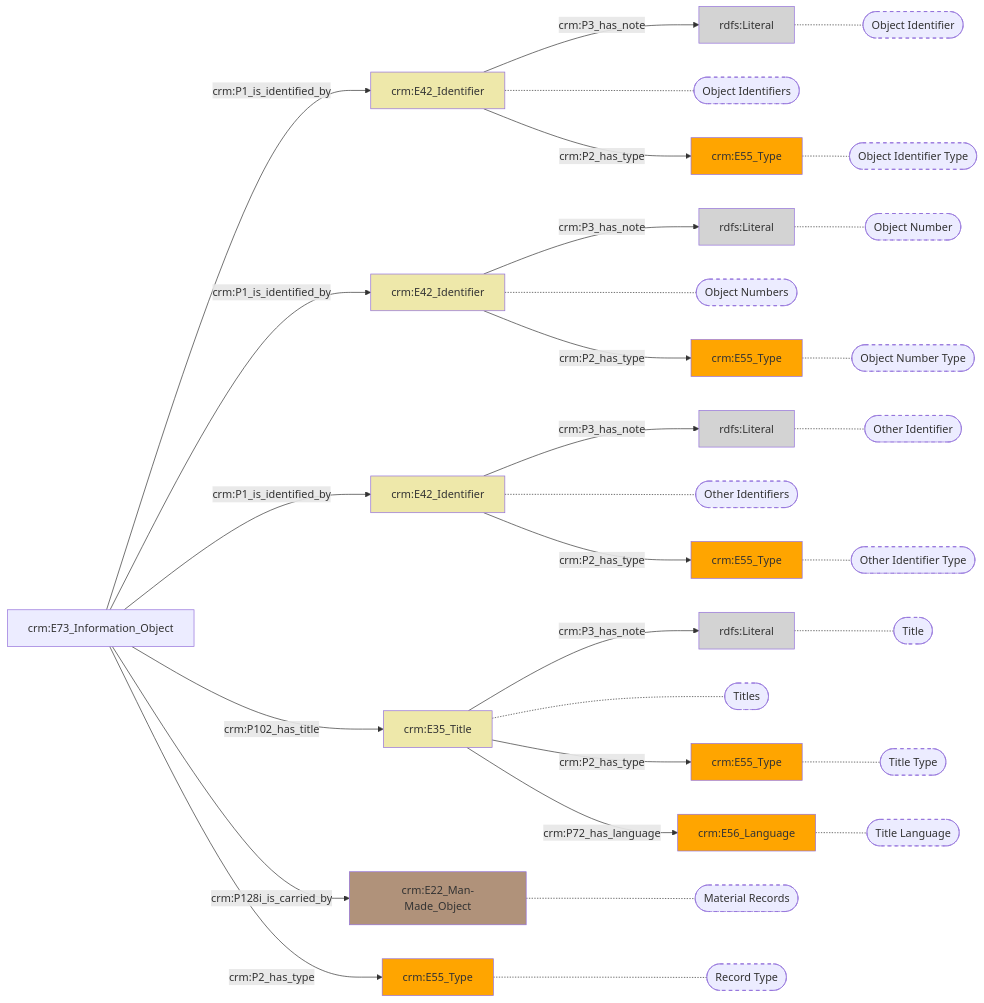
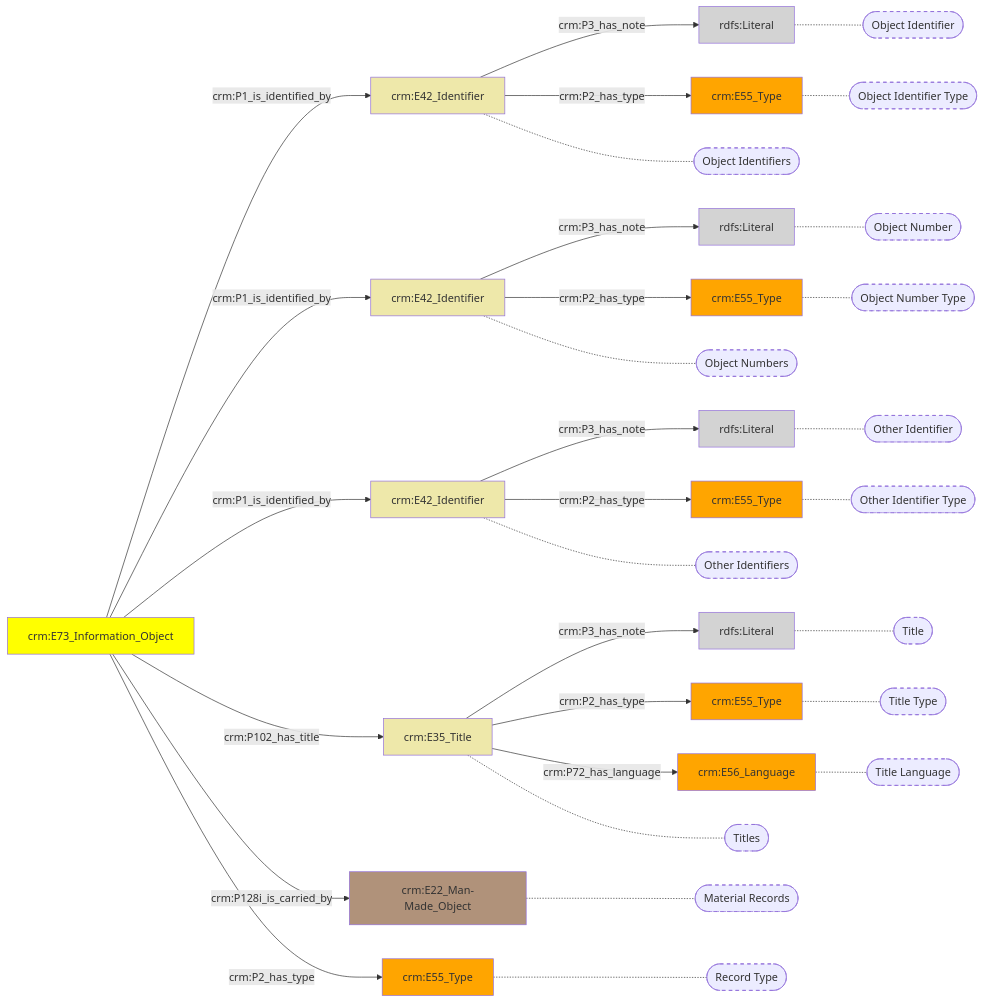
One commit to digipolisantwerpdocumentation/antwerp-cultureel-erfgoed changed the diagram in docs/content/modellen/ArchiefItemImmaterieel/Identificatie.md. Above: the diagram before and after it, drawn with Mermaid. The commit also changed 32 other files, not shown here.

````diff
--- a/docs/content/modellen/ArchiefItemImmaterieel/Identificatie.md
+++ b/docs/content/modellen/ArchiefItemImmaterieel/Identificatie.md
@@ -1,63 +1,64 @@
 ```mermaid
 graph LR
 2f6249d8-a5fe-11ec-b19f-9cf387da2c40["crm:E42_Identifier"]-->|"crm:P3_has_note"|2f636cc8-a5fe-11ec-b19f-9cf387da2c40(rdfs:Literal)
 2f6286f0-a5fe-11ec-b19f-9cf387da2c40["crm:E42_Identifier"]-->|"crm:P3_has_note"|2f6379a2-a5fe-11ec-b19f-9cf387da2c40(rdfs:Literal)
 2f62eca8-a5fe-11ec-b19f-9cf387da2c40["crm:E42_Identifier"]-->|"crm:P3_has_note"|2f63a1ac-a5fe-11ec-b19f-9cf387da2c40(rdfs:Literal)
 2f634a2c-a5fe-11ec-b19f-9cf387da2c40["crm:E35_Title"]-->|"crm:P3_has_note"|2f635ac6-a5fe-11ec-b19f-9cf387da2c40(rdfs:Literal)
+2f6249d8-a5fe-11ec-b19f-9cf387da2c40["crm:E42_Identifier"]-->|"crm:P2_has_type"|2f636e08-a5fe-11ec-b19f-9cf387da2c40["crm:E55_Type"]
+2f6286f0-a5fe-11ec-b19f-9cf387da2c40["crm:E42_Identifier"]-->|"crm:P2_has_type"|2f637902-a5fe-11ec-b19f-9cf387da2c40["crm:E55_Type"]
+2f62eca8-a5fe-11ec-b19f-9cf387da2c40["crm:E42_Identifier"]-->|"crm:P2_has_type"|2f63a102-a5fe-11ec-b19f-9cf387da2c40["crm:E55_Type"]
+2f634a2c-a5fe-11ec-b19f-9cf387da2c40["crm:E35_Title"]-->|"crm:P2_has_type"|2f635c42-a5fe-11ec-b19f-9cf387da2c40["crm:E55_Type"]
+2f634a2c-a5fe-11ec-b19f-9cf387da2c40["crm:E35_Title"]-->|"crm:P72_has_language"|2f6387a8-a5fe-11ec-b19f-9cf387da2c40["crm:E56_Language"]
+2f63ae40-a5fe-11ec-b19f-9cf387da2c40["crm:E73_Information_Object"]-->|"crm:P1_is_identified_by"|2f6249d8-a5fe-11ec-b19f-9cf387da2c40["crm:E42_Identifier"]
+2f63ae40-a5fe-11ec-b19f-9cf387da2c40["crm:E73_Information_Object"]-->|"crm:P1_is_identified_by"|2f6286f0-a5fe-11ec-b19f-9cf387da2c40["crm:E42_Identifier"]
+2f63ae40-a5fe-11ec-b19f-9cf387da2c40["crm:E73_Information_Object"]-->|"crm:P1_is_identified_by"|2f62eca8-a5fe-11ec-b19f-9cf387da2c40["crm:E42_Identifier"]
+2f63ae40-a5fe-11ec-b19f-9cf387da2c40["crm:E73_Information_Object"]-->|"crm:P102_has_title"|2f634a2c-a5fe-11ec-b19f-9cf387da2c40["crm:E35_Title"]
+2f63ae40-a5fe-11ec-b19f-9cf387da2c40["crm:E73_Information_Object"]-->|"crm:P128i_is_carried_by"|2f630f30-a5fe-11ec-b19f-9cf387da2c40["crm:E22_Man-Made_Object"]
+2f63ae40-a5fe-11ec-b19f-9cf387da2c40["crm:E73_Information_Object"]-->|"crm:P2_has_type"|2f62577a-a5fe-11ec-b19f-9cf387da2c40["crm:E55_Type"]
 2f636e08-a5fe-11ec-b19f-9cf387da2c40["crm:E55_Type"]-.-2f636e08-a5fe-11ec-b19f-9cf387da2c40_s(["Object Identifier Type"])
 2f636cc8-a5fe-11ec-b19f-9cf387da2c40["rdfs:Literal"]-.-2f636cc8-a5fe-11ec-b19f-9cf387da2c40_s(["Object Identifier"])
 2f637902-a5fe-11ec-b19f-9cf387da2c40["crm:E55_Type"]-.-2f637902-a5fe-11ec-b19f-9cf387da2c40_s(["Object Number Type"])
 2f6379a2-a5fe-11ec-b19f-9cf387da2c40["rdfs:Literal"]-.-2f6379a2-a5fe-11ec-b19f-9cf387da2c40_s(["Object Number"])
 2f63a102-a5fe-11ec-b19f-9cf387da2c40["crm:E55_Type"]-.-2f63a102-a5fe-11ec-b19f-9cf387da2c40_s(["Other Identifier Type"])
 2f63a1ac-a5fe-11ec-b19f-9cf387da2c40["rdfs:Literal"]-.-2f63a1ac-a5fe-11ec-b19f-9cf387da2c40_s(["Other Identifier"])
 2f635c42-a5fe-11ec-b19f-9cf387da2c40["crm:E55_Type"]-.-2f635c42-a5fe-11ec-b19f-9cf387da2c40_s(["Title Type"])
 2f635ac6-a5fe-11ec-b19f-9cf387da2c40["rdfs:Literal"]-.-2f635ac6-a5fe-11ec-b19f-9cf387da2c40_s(["Title"])
 2f6387a8-a5fe-11ec-b19f-9cf387da2c40["crm:E56_Language"]-.-2f6387a8-a5fe-11ec-b19f-9cf387da2c40_s(["Title Language"])
 2f6249d8-a5fe-11ec-b19f-9cf387da2c40["crm:E42_Identifier"]-.-2f6249d8-a5fe-11ec-b19f-9cf387da2c40_s(["Object Identifiers"])
 2f6286f0-a5fe-11ec-b19f-9cf387da2c40["crm:E42_Identifier"]-.-2f6286f0-a5fe-11ec-b19f-9cf387da2c40_s(["Object Numbers"])
 2f62eca8-a5fe-11ec-b19f-9cf387da2c40["crm:E42_Identifier"]-.-2f62eca8-a5fe-11ec-b19f-9cf387da2c40_s(["Other Identifiers"])
 2f634a2c-a5fe-11ec-b19f-9cf387da2c40["crm:E35_Title"]-.-2f634a2c-a5fe-11ec-b19f-9cf387da2c40_s(["Titles"])
 2f630f30-a5fe-11ec-b19f-9cf387da2c40["crm:E22_Man-Made_Object"]-.-2f630f30-a5fe-11ec-b19f-9cf387da2c40_s(["Material Records"])
 2f62577a-a5fe-11ec-b19f-9cf387da2c40["crm:E55_Type"]-.-2f62577a-a5fe-11ec-b19f-9cf387da2c40_s(["Record Type"])
-2f6249d8-a5fe-11ec-b19f-9cf387da2c40["crm:E42_Identifier"]-->|"crm:P2_has_type"|2f636e08-a5fe-11ec-b19f-9cf387da2c40["crm:E55_Type"]
-2f6286f0-a5fe-11ec-b19f-9cf387da2c40["crm:E42_Identifier"]-->|"crm:P2_has_type"|2f637902-a5fe-11ec-b19f-9cf387da2c40["crm:E55_Type"]
-2f62eca8-a5fe-11ec-b19f-9cf387da2c40["crm:E42_Identifier"]-->|"crm:P2_has_type"|2f63a102-a5fe-11ec-b19f-9cf387da2c40["crm:E55_Type"]
-2f634a2c-a5fe-11ec-b19f-9cf387da2c40["crm:E35_Title"]-->|"crm:P2_has_type"|2f635c42-a5fe-11ec-b19f-9cf387da2c40["crm:E55_Type"]
-2f634a2c-a5fe-11ec-b19f-9cf387da2c40["crm:E35_Title"]-->|"crm:P72_has_language"|2f6387a8-a5fe-11ec-b19f-9cf387da2c40["crm:E56_Language"]
-2f63ae40-a5fe-11ec-b19f-9cf387da2c40["crm:E73_Information_Object"]-->|"crm:P1_is_identified_by"|2f6249d8-a5fe-11ec-b19f-9cf387da2c40["crm:E42_Identifier"]
-2f63ae40-a5fe-11ec-b19f-9cf387da2c40["crm:E73_Information_Object"]-->|"crm:P1_is_identified_by"|2f6286f0-a5fe-11ec-b19f-9cf387da2c40["crm:E42_Identifier"]
-2f63ae40-a5fe-11ec-b19f-9cf387da2c40["crm:E73_Information_Object"]-->|"crm:P1_is_identified_by"|2f62eca8-a5fe-11ec-b19f-9cf387da2c40["crm:E42_Identifier"]
-2f63ae40-a5fe-11ec-b19f-9cf387da2c40["crm:E73_Information_Object"]-->|"crm:P102_has_title"|2f634a2c-a5fe-11ec-b19f-9cf387da2c40["crm:E35_Title"]
-2f63ae40-a5fe-11ec-b19f-9cf387da2c40["crm:E73_Information_Object"]-->|"crm:P128i_is_carried_by"|2f630f30-a5fe-11ec-b19f-9cf387da2c40["crm:E22_Man-Made_Object"]
-2f63ae40-a5fe-11ec-b19f-9cf387da2c40["crm:E73_Information_Object"]-->|"crm:P2_has_type"|2f62577a-a5fe-11ec-b19f-9cf387da2c40["crm:E55_Type"]
+style 2f636e08-a5fe-11ec-b19f-9cf387da2c40_s stroke-dasharray: 5
+style 2f636cc8-a5fe-11ec-b19f-9cf387da2c40_s stroke-dasharray: 5
+style 2f637902-a5fe-11ec-b19f-9cf387da2c40_s stroke-dasharray: 5
+style 2f6379a2-a5fe-11ec-b19f-9cf387da2c40_s stroke-dasharray: 5
+style 2f63a102-a5fe-11ec-b19f-9cf387da2c40_s stroke-dasharray: 5
+style 2f63a1ac-a5fe-11ec-b19f-9cf387da2c40_s stroke-dasharray: 5
+style 2f635c42-a5fe-11ec-b19f-9cf387da2c40_s stroke-dasharray: 5
+style 2f635ac6-a5fe-11ec-b19f-9cf387da2c40_s stroke-dasharray: 5
+style 2f6387a8-a5fe-11ec-b19f-9cf387da2c40_s stroke-dasharray: 5
+style 2f6249d8-a5fe-11ec-b19f-9cf387da2c40_s stroke-dasharray: 5
+style 2f6286f0-a5fe-11ec-b19f-9cf387da2c40_s stroke-dasharray: 5
+style 2f62eca8-a5fe-11ec-b19f-9cf387da2c40_s stroke-dasharray: 5
+style 2f634a2c-a5fe-11ec-b19f-9cf387da2c40_s stroke-dasharray: 5
+style 2f630f30-a5fe-11ec-b19f-9cf387da2c40_s stroke-dasharray: 5
+style 2f62577a-a5fe-11ec-b19f-9cf387da2c40_s stroke-dasharray: 5
 style 2f6249d8-a5fe-11ec-b19f-9cf387da2c40 fill:#EEE8AA
 style 2f62577a-a5fe-11ec-b19f-9cf387da2c40 fill:#ffa500
 style 2f6286f0-a5fe-11ec-b19f-9cf387da2c40 fill:#EEE8AA
 style 2f62eca8-a5fe-11ec-b19f-9cf387da2c40 fill:#EEE8AA
 style 2f630f30-a5fe-11ec-b19f-9cf387da2c40 fill:#B0927A
 style 2f634a2c-a5fe-11ec-b19f-9cf387da2c40 fill:#EEE8AA
 style 2f635ac6-a5fe-11ec-b19f-9cf387da2c40 fill:#D3D3D3
 style 2f635c42-a5fe-11ec-b19f-9cf387da2c40 fill:#ffa500
 style 2f636cc8-a5fe-11ec-b19f-9cf387da2c40 fill:#D3D3D3
 style 2f636e08-a5fe-11ec-b19f-9cf387da2c40 fill:#ffa500
 style 2f637902-a5fe-11ec-b19f-9cf387da2c40 fill:#ffa500
 style 2f6379a2-a5fe-11ec-b19f-9cf387da2c40 fill:#D3D3D3
 style 2f6387a8-a5fe-11ec-b19f-9cf387da2c40 fill:#ffa500
 style 2f63a102-a5fe-11ec-b19f-9cf387da2c40 fill:#ffa500
 style 2f63a1ac-a5fe-11ec-b19f-9cf387da2c40 fill:#D3D3D3
-style 2f636e08-a5fe-11ec-b19f-9cf387da2c40_s stroke-dasharray: 5
-style 2f636cc8-a5fe-11ec-b19f-9cf387da2c40_s stroke-dasharray: 5
-style 2f637902-a5fe-11ec-b19f-9cf387da2c40_s stroke-dasharray: 5
-style 2f6379a2-a5fe-11ec-b19f-9cf387da2c40_s stroke-dasharray: 5
-style 2f63a102-a5fe-11ec-b19f-9cf387da2c40_s stroke-dasharray: 5
-style 2f63a1ac-a5fe-11ec-b19f-9cf387da2c40_s stroke-dasharray: 5
-style 2f635c42-a5fe-11ec-b19f-9cf387da2c40_s stroke-dasharray: 5
-style 2f635ac6-a5fe-11ec-b19f-9cf387da2c40_s stroke-dasharray: 5
-style 2f6387a8-a5fe-11ec-b19f-9cf387da2c40_s stroke-dasharray: 5
-style 2f6249d8-a5fe-11ec-b19f-9cf387da2c40_s stroke-dasharray: 5
-style 2f6286f0-a5fe-11ec-b19f-9cf387da2c40_s stroke-dasharray: 5
-style 2f62eca8-a5fe-11ec-b19f-9cf387da2c40_s stroke-dasharray: 5
-style 2f634a2c-a5fe-11ec-b19f-9cf387da2c40_s stroke-dasharray: 5
-style 2f630f30-a5fe-11ec-b19f-9cf387da2c40_s stroke-dasharray: 5
-style 2f62577a-a5fe-11ec-b19f-9cf387da2c40_s stroke-dasharray: 5
+style 2f63ae40-a5fe-11ec-b19f-9cf387da2c40 fill:#ffff00
 ```
````
